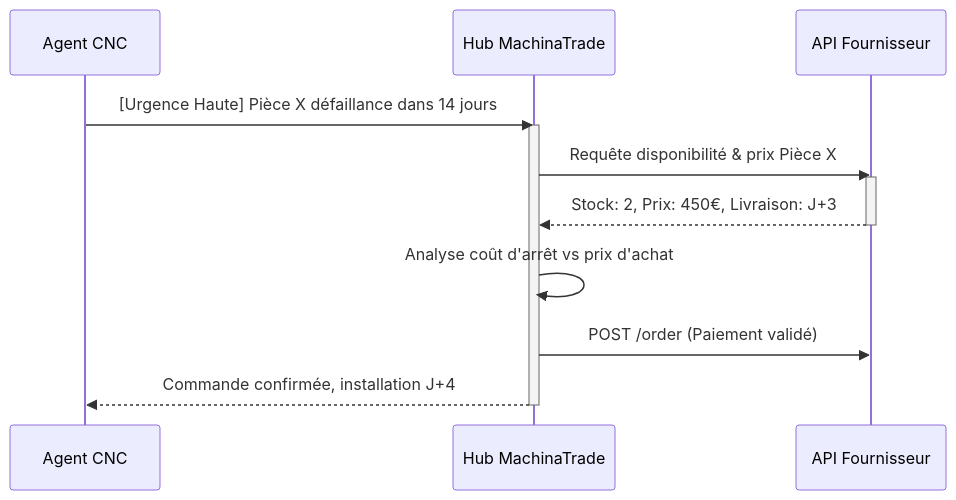
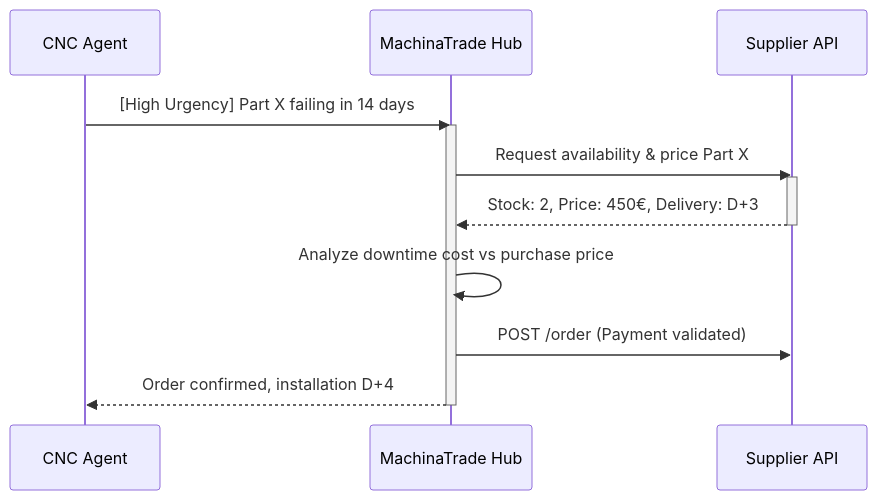
One commit to flouzzy/top-100-ai-startup-ideas changed the second of 2 diagrams in ideas/machinatrade/README.md. Above: the diagram before and after it, drawn with Mermaid. The commit also changed other lines of this file and 21 other files, not shown here.

````diff
--- a/ideas/machinatrade/README.md
+++ b/ideas/machinatrade/README.md
@@ -42,17 +44,17 @@
 ```mermaid
 sequenceDiagram
-    participant Machine as Agent CNC
-    participant Hub as Hub MachinaTrade
-    participant Fournisseur as API Fournisseur
+    participant Machine as CNC Agent
+    participant Hub as MachinaTrade Hub
+    participant Supplier as Supplier API
 
-    Machine->>Hub: [Urgence Haute] Pièce X défaillance dans 14 jours
+    Machine->>Hub: [High Urgency] Part X failing in 14 days
     activate Hub
-    Hub->>Fournisseur: Requête disponibilité & prix Pièce X
-    activate Fournisseur
-    Fournisseur-->>Hub: Stock: 2, Prix: 450€, Livraison: J+3
-    deactivate Fournisseur
-    Hub->>Hub: Analyse coût d'arrêt vs prix d'achat
-    Hub->>Fournisseur: POST /order (Paiement validé)
-    Hub-->>Machine: Commande confirmée, installation J+4
+    Hub->>Supplier: Request availability & price Part X
+    activate Supplier
+    Supplier-->>Hub: Stock: 2, Price: 450€, Delivery: D+3
+    deactivate Supplier
+    Hub->>Hub: Analyze downtime cost vs purchase price
+    Hub->>Supplier: POST /order (Payment validated)
+    Hub-->>Machine: Order confirmed, installation D+4
     deactivate Hub
 ```
````
